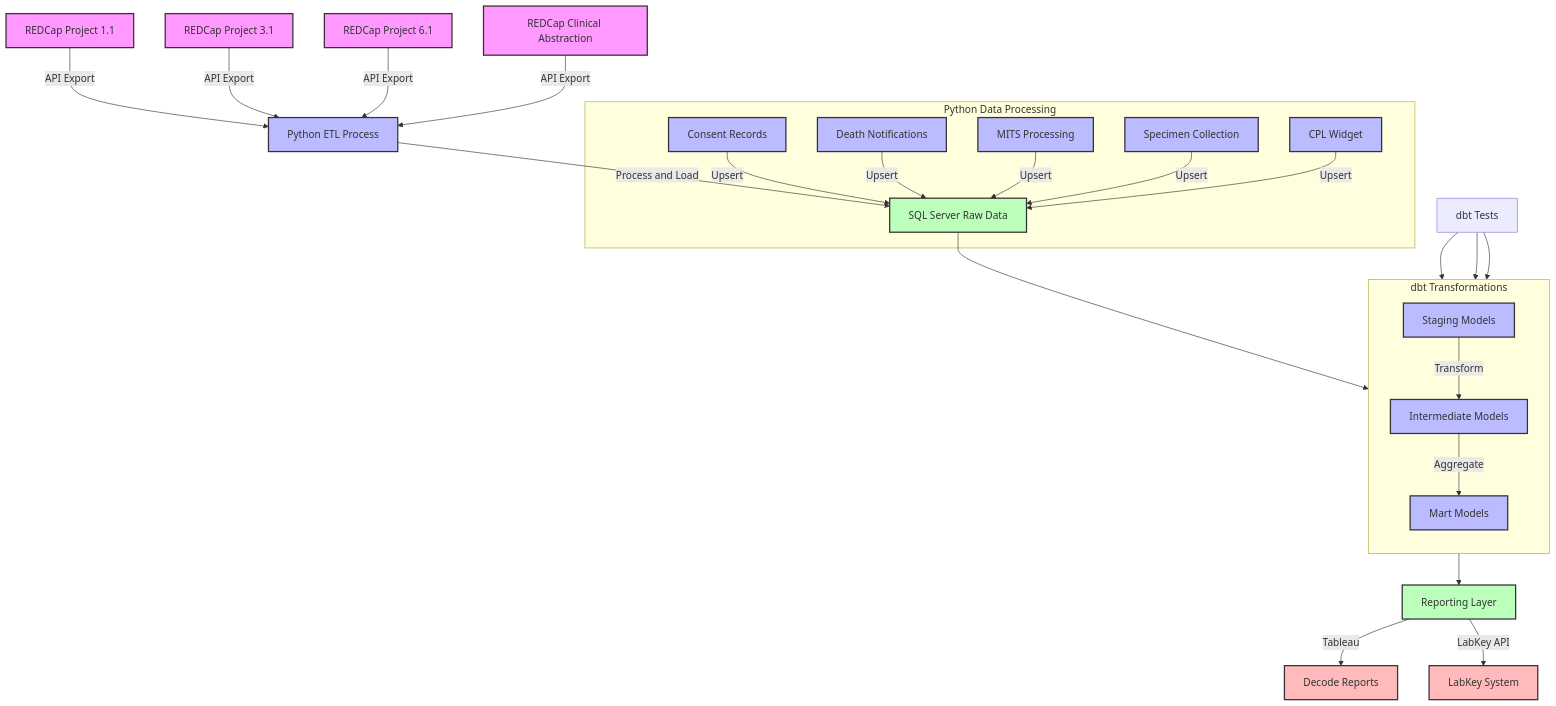
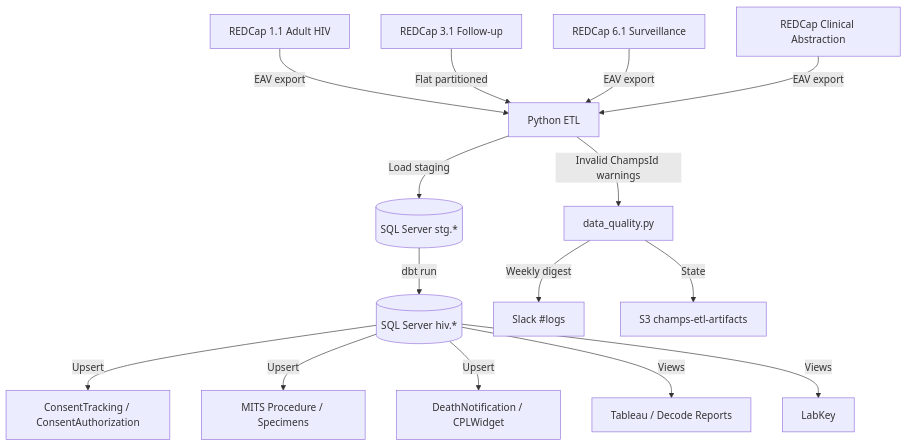
Before and after one commit to champshealth/hiv_project_etl: the diagram in README.md, drawn with Mermaid. The commit also changed other lines of this file and 1 other file, not shown here.

````diff
--- a/README.md
+++ b/README.md
@@ -110,53 +29,21 @@
 ```mermaid
 graph TD
-    %% Data Sources
-    REDCAP11[REDCap Project 1.1] -->|API Export| PYTHON_ETL[Python ETL Process]
-    REDCAP31[REDCap Project 3.1] -->|API Export| PYTHON_ETL
-    REDCAP61[REDCap Project 6.1] -->|API Export| PYTHON_ETL
-    REDCAP_CA[REDCap Clinical Abstraction] -->|API Export| PYTHON_ETL
+    REDCAP11[REDCap 1.1 Adult HIV] -->|EAV export| ETL[Python ETL]
+    REDCAP31[REDCap 3.1 Follow-up] -->|Flat partitioned| ETL
+    REDCAP61[REDCap 6.1 Surveillance] -->|EAV export| ETL
+    REDCAP_CA[REDCap Clinical Abstraction] -->|EAV export| ETL
 
-    %% Python Processing
-    PYTHON_ETL -->|Process and Load| RAW_DB[SQL Server Raw Data]
+    ETL -->|Load staging| STG[(SQL Server stg.*)]
+    STG -->|dbt run| HIV[(SQL Server hiv.*)]
 
-    %% dbt Transformations
-    subgraph "dbt Transformations"
-        direction TB
-        STG[Staging Models] -->|Transform| INT[Intermediate Models]
-        INT -->|Aggregate| MART[Mart Models]
-    end
+    HIV -->|Upsert| CONSENT[ConsentTracking / ConsentAuthorization]
+    HIV -->|Upsert| MITS[MITS Procedure / Specimens]
+    HIV -->|Upsert| OTHER[DeathNotification / CPLWidget]
 
-    %% Data Flow
-    RAW_DB --> STG
-    MART --> REPORTING[Reporting Layer]
+    HIV -->|Views| TABLEAU[Tableau / Decode Reports]
+    HIV -->|Views| LABKEY[LabKey]
 
-    %% Data Quality
-    DBT_TESTS[dbt Tests] --> STG
-    DBT_TESTS --> INT
-    DBT_TESTS --> MART
-
-    %% Data Destinations
-    REPORTING -->|Tableau| DECODE_REPORTS[Decode Reports]
-    REPORTING -->|LabKey API| LABKEY[LabKey System]
-
-    %% Additional Data Processing
-    subgraph "Python Data Processing"
-        CONSENT[Consent Records]
-        DEATH[Death Notifications]
-        MITS[MITS Processing]
-        SPECIMEN[Specimen Collection]
-        CPL[CPL Widget]
-
-        CONSENT & DEATH & MITS & SPECIMEN & CPL -->|Upsert| RAW_DB
-    end
-
-    %% Styling
-    classDef source fill:#f9f,stroke:#333,stroke-width:2px;
-    classDef process fill:#bbf,stroke:#333,stroke-width:2px;
-    classDef storage fill:#bfb,stroke:#333,stroke-width:2px;
-    classDef destination fill:#fbb,stroke:#333,stroke-width:2px;
-
-    class REDCAP11,REDCAP31,REDCAP61,REDCAP_CA source;
-    class PYTHON_ETL,STG,INT,MART,CONSENT,DEATH,MITS,SPECIMEN,CPL process;
-    class RAW_DB,REPORTING storage;
-    class DECODE_REPORTS,LABKEY destination;
+    ETL -->|Invalid ChampsId warnings| DQ[data_quality.py]
+    DQ -->|Weekly digest| SLACK[Slack #logs]
+    DQ -->|State| S3[S3 champs-etl-artifacts]
 ```
````
